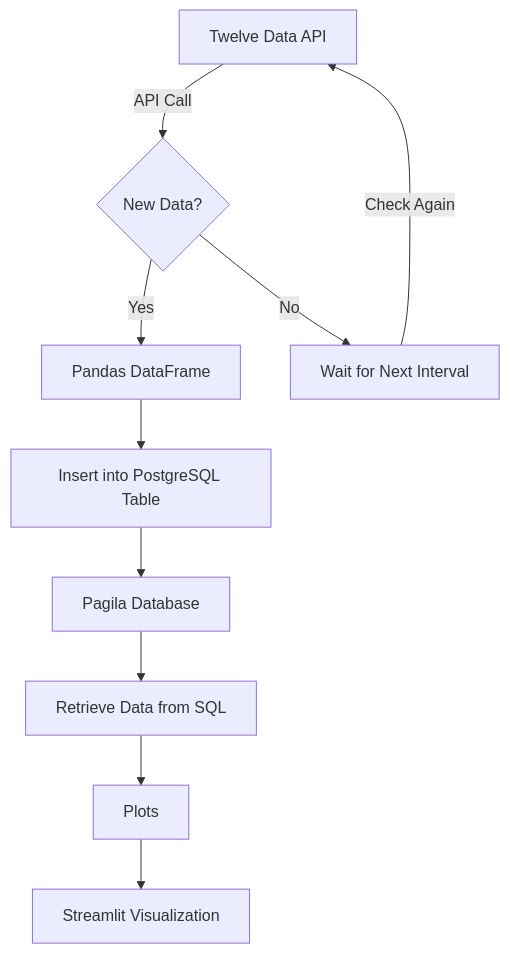
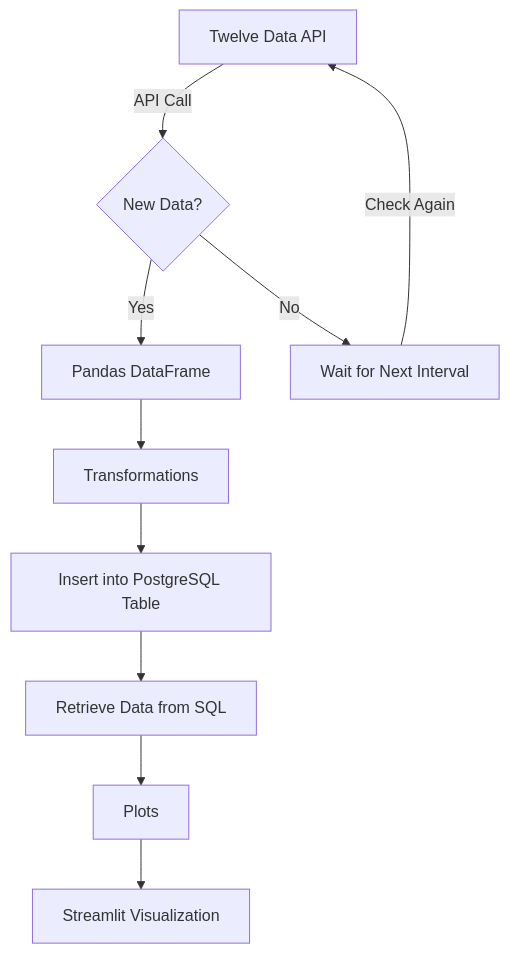
One commit to tungstennn/ETL-Pipeline-for-Trading-Insights-Application changed the diagram in README.md. Above: the diagram before and after it, drawn with Mermaid.

````diff
--- a/README.md
+++ b/README.md
@@ -15,12 +15,12 @@
 ```mermaid
 graph TD
     A[Twelve Data API] -->|API Call| B{New Data?}
     B -- Yes --> C[Pandas DataFrame]
     B -- No --> G[Wait for Next Interval]
-    C --> D[Insert into PostgreSQL Table]
-    D --> E[Pagila Database]
+    C --> D[Transformations]
+    D --> E[Insert into PostgreSQL Table]
     E --> F[Retrieve Data from SQL]
     F --> H[Plots]
     H --> I[Streamlit Visualization]
     G -->|Check Again| A
 ```
````
